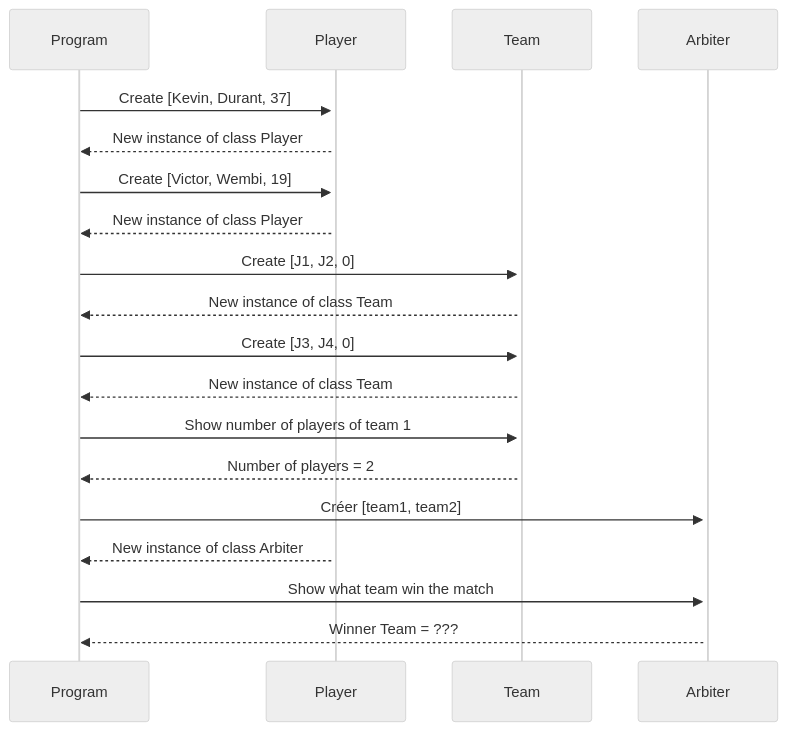
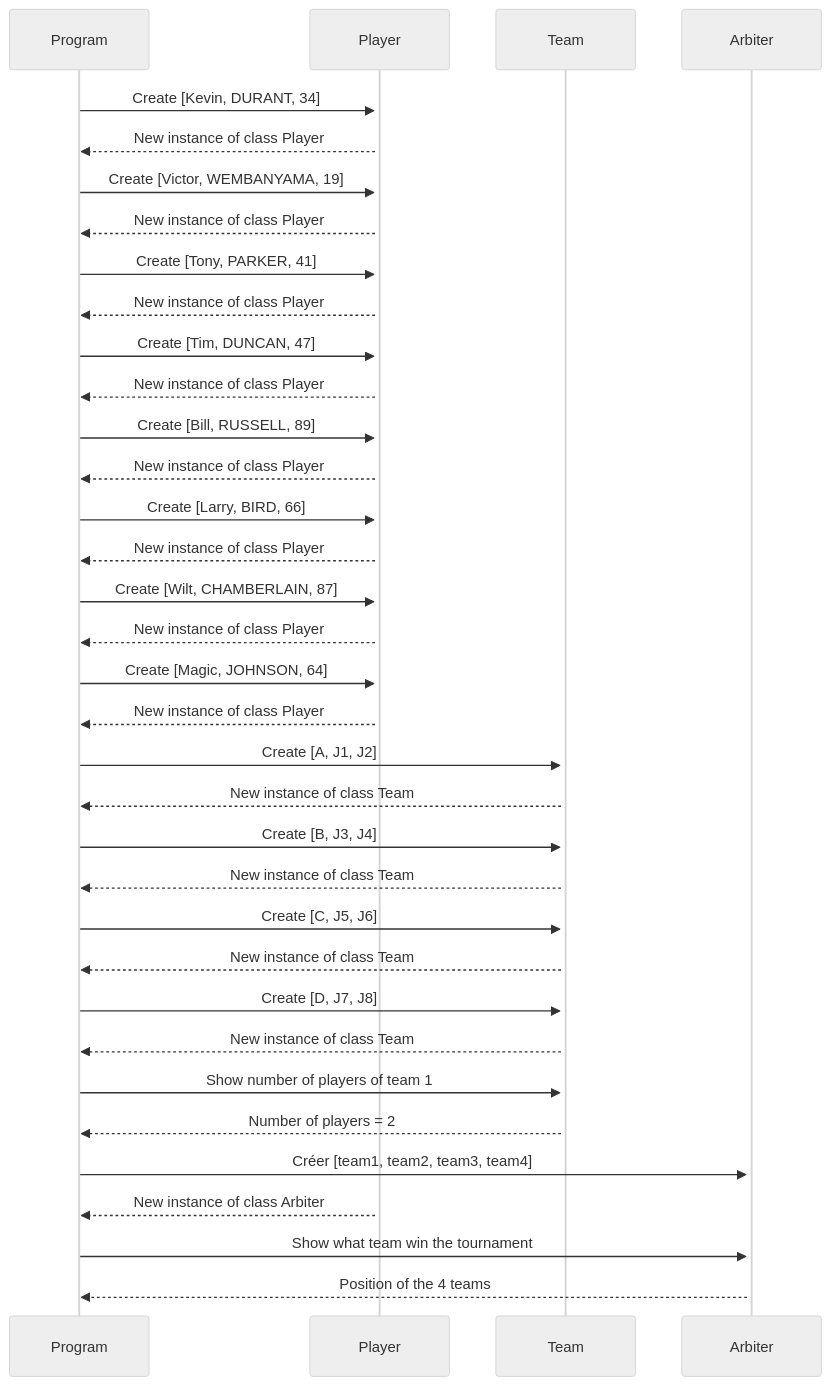
One commit to JeremyFelix720/exos_poo changed the diagram in src/basket_exos/infos/sequence_diagram.md. Above: the diagram before and after it, drawn with Mermaid (neutral theme). The commit also changed 4 other files, not shown here.

````diff
--- a/src/basket_exos/infos/sequence_diagram.md
+++ b/src/basket_exos/infos/sequence_diagram.md
@@ -1,21 +1,40 @@
 ```mermaid
 sequenceDiagram
-    Program->>+Player: Create [Kevin, Durant, 37]
+    Program->>+Player: Create [Kevin, DURANT, 34]
     Player-->>Program: New instance of class Player
-    Program->>+Player: Create [Victor, Wembi, 19]
+    Program->>+Player: Create [Victor, WEMBANYAMA, 19]
     Player-->>Program: New instance of class Player
 
-    Program->>+Team: Create [J1, J2, 0]
+    Program->>+Player: Create [Tony, PARKER, 41]
+    Player-->>Program: New instance of class Player
+    Program->>+Player: Create [Tim, DUNCAN, 47]
+    Player-->>Program: New instance of class Player
+
+    Program->>+Player: Create [Bill, RUSSELL, 89]
+    Player-->>Program: New instance of class Player
+    Program->>+Player: Create [Larry, BIRD, 66]
+    Player-->>Program: New instance of class Player
+
+    Program->>+Player: Create [Wilt, CHAMBERLAIN, 87]
+    Player-->>Program: New instance of class Player
+    Program->>+Player: Create [Magic, JOHNSON, 64]
+    Player-->>Program: New instance of class Player
+
+    Program->>+Team: Create [A, J1, J2]
     Team-->>Program: New instance of class Team
-    Program->>+Team: Create [J3, J4, 0]
+    Program->>+Team: Create [B, J3, J4]
+    Team-->>Program: New instance of class Team
+    Program->>+Team: Create [C, J5, J6]
+    Team-->>Program: New instance of class Team
+    Program->>+Team: Create [D, J7, J8]
     Team-->>Program: New instance of class Team
 
     Program->>+Team: Show number of players of team 1
     Team-->>Program: Number of players = 2
 
-    Program->>+Arbiter: Créer [team1, team2]
+    Program->>+Arbiter: Créer [team1, team2, team3, team4]
     Player-->>Program: New instance of class Arbiter
 
-    Program->>+Arbiter: Show what team win the match
-    Arbiter-->>Program: Winner Team = ???
+    Program->>+Arbiter: Show what team win the tournament
+    Arbiter-->>Program: Position of the 4 teams
 ```
````
